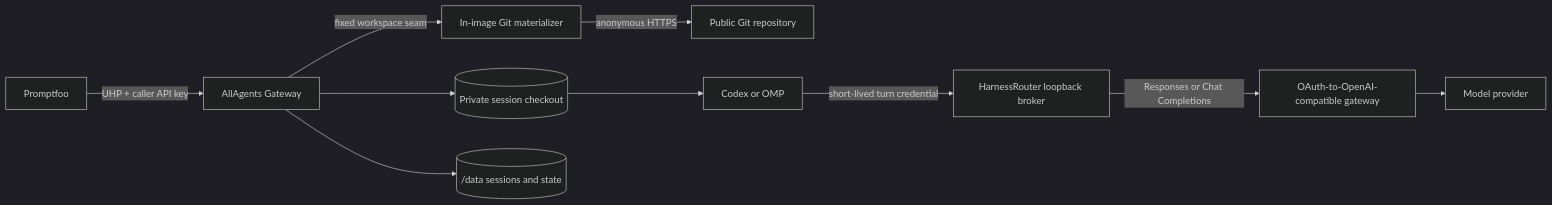
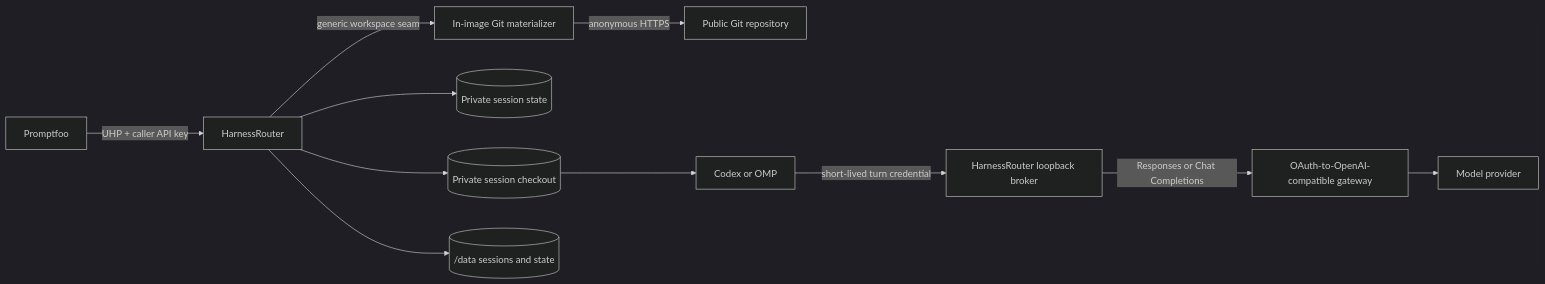
The diagram in docs/decisions/0002-adopt-uhp-through-harnessrouter.md (allagentsdev/allagents), drawn with Mermaid (dark theme) before and after one commit. The commit also changed other lines of this file and 1 other file, not shown here.

Commit message:
docs(architecture): keep HarnessRouter upstream-first

````diff
--- a/docs/decisions/0002-adopt-uhp-through-harnessrouter.md
+++ b/docs/decisions/0002-adopt-uhp-through-harnessrouter.md
@@ -28,12 +31,13 @@
 ```mermaid
 flowchart LR
-  P[Promptfoo] -->|UHP + caller API key| A[AllAgents Gateway]
-  A -->|fixed workspace seam| M[In-image Git materializer]
+  P[Promptfoo] -->|UHP + caller API key| H[HarnessRouter]
+  H -->|generic workspace seam| M[In-image Git materializer]
   M -->|anonymous HTTPS| G[Public Git repository]
-  A --> C[(Private session checkout)]
-  C --> H[Codex or OMP]
-  H -->|short-lived turn credential| B[HarnessRouter loopback broker]
+  H --> S[(Private session state)]
+  H --> C[(Private session checkout)]
+  C --> X[Codex or OMP]
+  X -->|short-lived turn credential| B[HarnessRouter loopback broker]
   B -->|Responses or Chat Completions| O[OAuth-to-OpenAI-compatible gateway]
   O --> V[Model provider]
-  A --> D[(/data sessions and state)]
+  H --> D[(/data sessions and state)]
 ```
````
